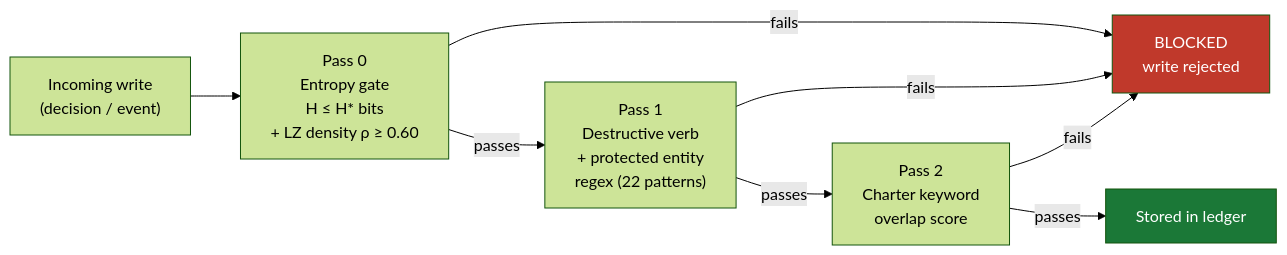
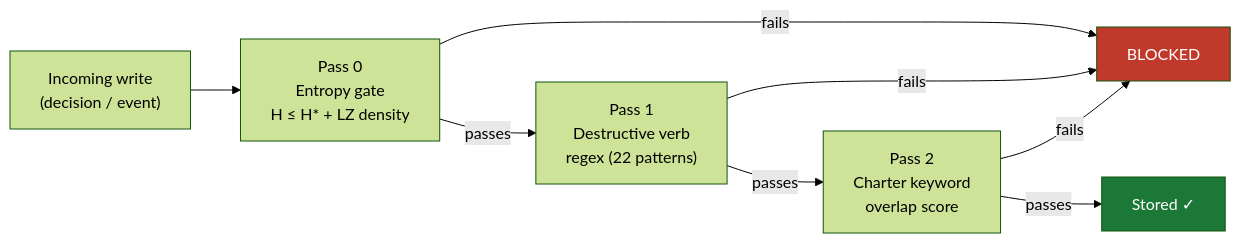
The fifth of 5 diagrams in README.md (parnish007/contextforge), drawn with Mermaid (forest theme) before and after one commit. The commit also changed other lines of this file, not shown here.

````diff
--- a/README.md
+++ b/README.md
@@ -176,20 +301,20 @@
 ```mermaid
 flowchart LR
     INPUT["Incoming write\n(decision / event)"]
-    P0["Pass 0\nEntropy gate\nH ≤ H* bits\n+ LZ density ρ ≥ 0.60"]
-    P1["Pass 1\nDestructive verb\n+ protected entity\nregex (22 patterns)"]
+    P0["Pass 0\nEntropy gate\nH ≤ H* + LZ density"]
+    P1["Pass 1\nDestructive verb\nregex (22 patterns)"]
     P2["Pass 2\nCharter keyword\noverlap score"]
-    OK["Stored in ledger"]
-    BLOCK["BLOCKED\nwrite rejected"]
+    OK["Stored ✓"]
+    BLOCK["BLOCKED"]
 
     INPUT --> P0
     P0 -->|"fails"| BLOCK
     P0 -->|"passes"| P1
     P1 -->|"fails"| BLOCK
     P1 -->|"passes"| P2
     P2 -->|"fails"| BLOCK
     P2 -->|"passes"| OK
 
     style BLOCK fill:#C0392B,color:#fff
     style OK fill:#1B7837,color:#fff
 ```
````
